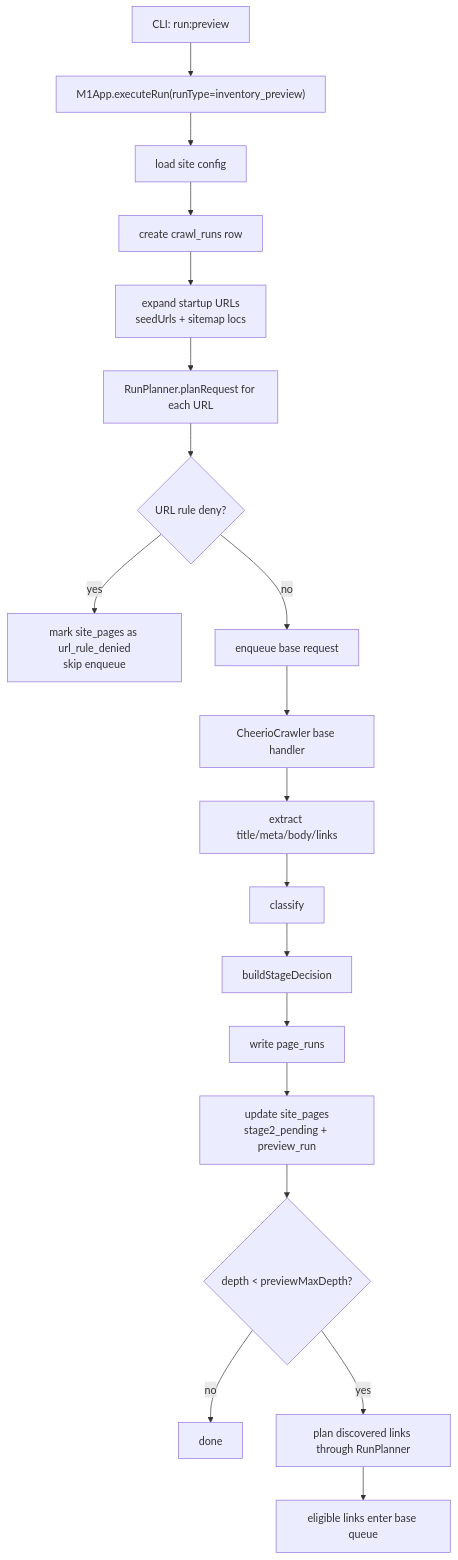
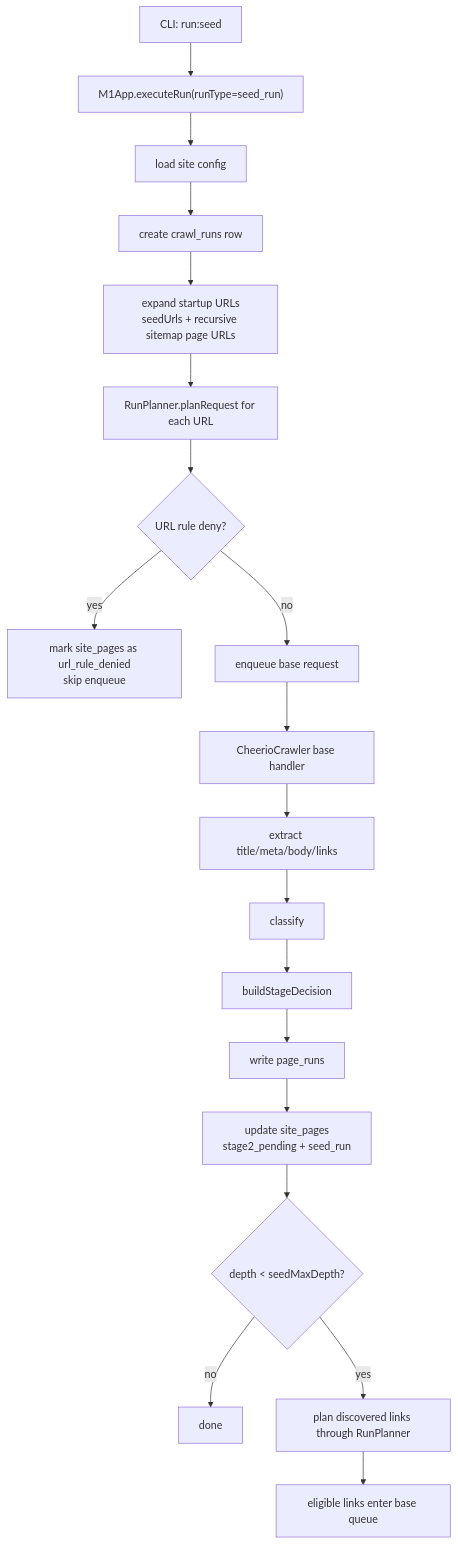
The third of 7 diagrams in docs/m1-implements.md (tianzhipeng-git/kvault-web-capture), drawn with Mermaid before and after one commit. The commit also changed other lines of this file and 23 other files, not shown here.

````diff
--- a/docs/m1-implements.md
+++ b/docs/m1-implements.md
@@ -170,21 +170,21 @@
 ```mermaid
 flowchart TD
-    A["CLI: run:preview"] --> B["M1App.executeRun(runType=inventory_preview)"]
+    A["CLI: run:seed"] --> B["M1App.executeRun(runType=seed_run)"]
     B --> C["load site config"]
     C --> D["create crawl_runs row"]
-    D --> E["expand startup URLs\nseedUrls + sitemap locs"]
+    D --> E["expand startup URLs\nseedUrls + recursive sitemap page URLs"]
     E --> F["RunPlanner.planRequest for each URL"]
     F --> G{"URL rule deny?"}
     G -- yes --> H["mark site_pages as url_rule_denied\nskip enqueue"]
     G -- no --> I["enqueue base request"]
     I --> J["CheerioCrawler base handler"]
     J --> K["extract title/meta/body/links"]
     K --> L["classify"]
     L --> M["buildStageDecision"]
     M --> N["write page_runs"]
-    N --> O["update site_pages\nstage2_pending + preview_run"]
-    O --> P{"depth < previewMaxDepth?"}
+    N --> O["update site_pages\nstage2_pending + seed_run"]
+    O --> P{"depth < seedMaxDepth?"}
     P -- no --> Q["done"]
     P -- yes --> R["plan discovered links through RunPlanner"]
     R --> S["eligible links enter base queue"]
 ```
````
